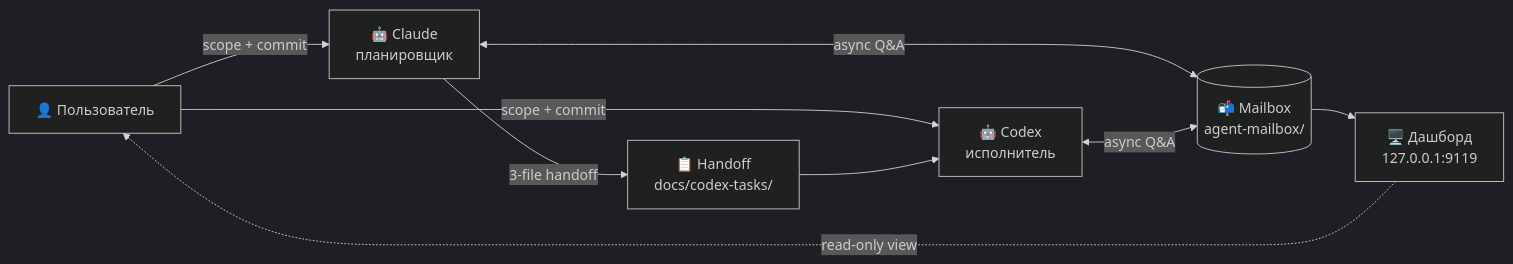
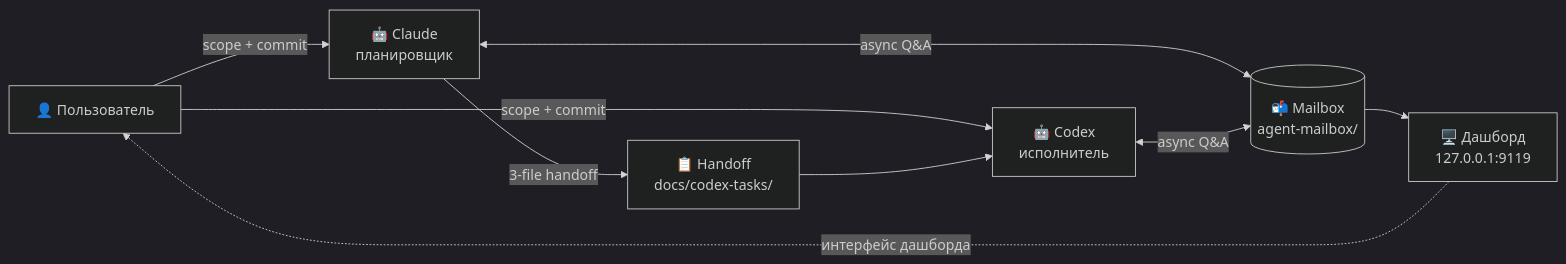
The diagram in README.ru.md (ub3dqy/workflow), drawn with Mermaid (dark theme) before and after one commit. The commit also changed other lines of this file and 1 other file, not shown here.

First line of the commit message:
docs: fix read-only dashboard misdescription + RU tone polish

````diff
--- a/README.ru.md
+++ b/README.ru.md
@@ -90,18 +90,18 @@
 ```mermaid
 flowchart LR
     U[👤 Пользователь]
     C[🤖 Claude<br/>планировщик]
     X[🤖 Codex<br/>исполнитель]
     M[(📬 Mailbox<br/>agent-mailbox/)]
     D[📋 Handoff<br/>docs/codex-tasks/]
     W[🖥️ Дашборд<br/>127.0.0.1:9119]
 
     U -->|scope + commit| C
     U -->|scope + commit| X
     C -->|3-file handoff| D
     D --> X
     C <-->|async Q&A| M
     X <-->|async Q&A| M
     M --> W
-    W -.->|read-only view| U
+    W -.->|интерфейс дашборда| U
 ```
````
